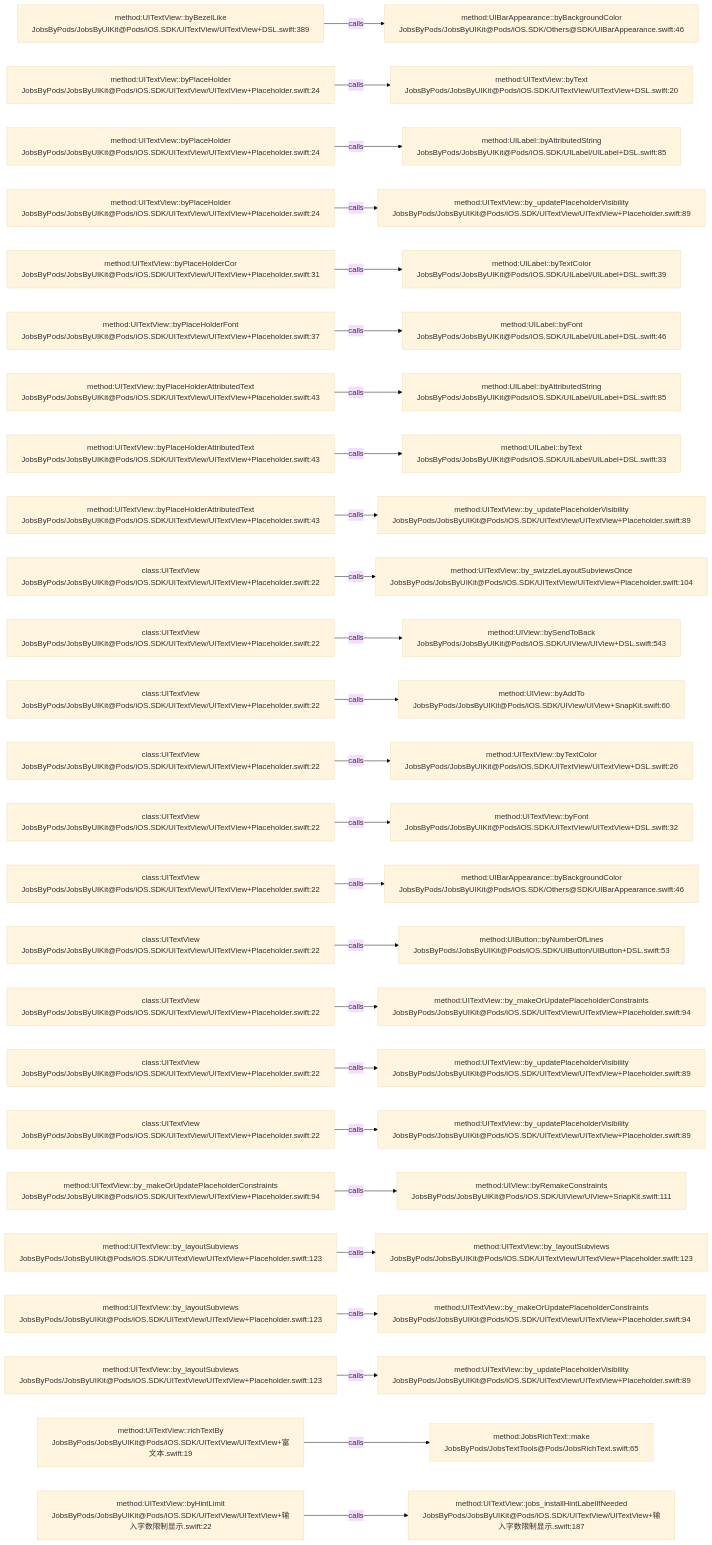
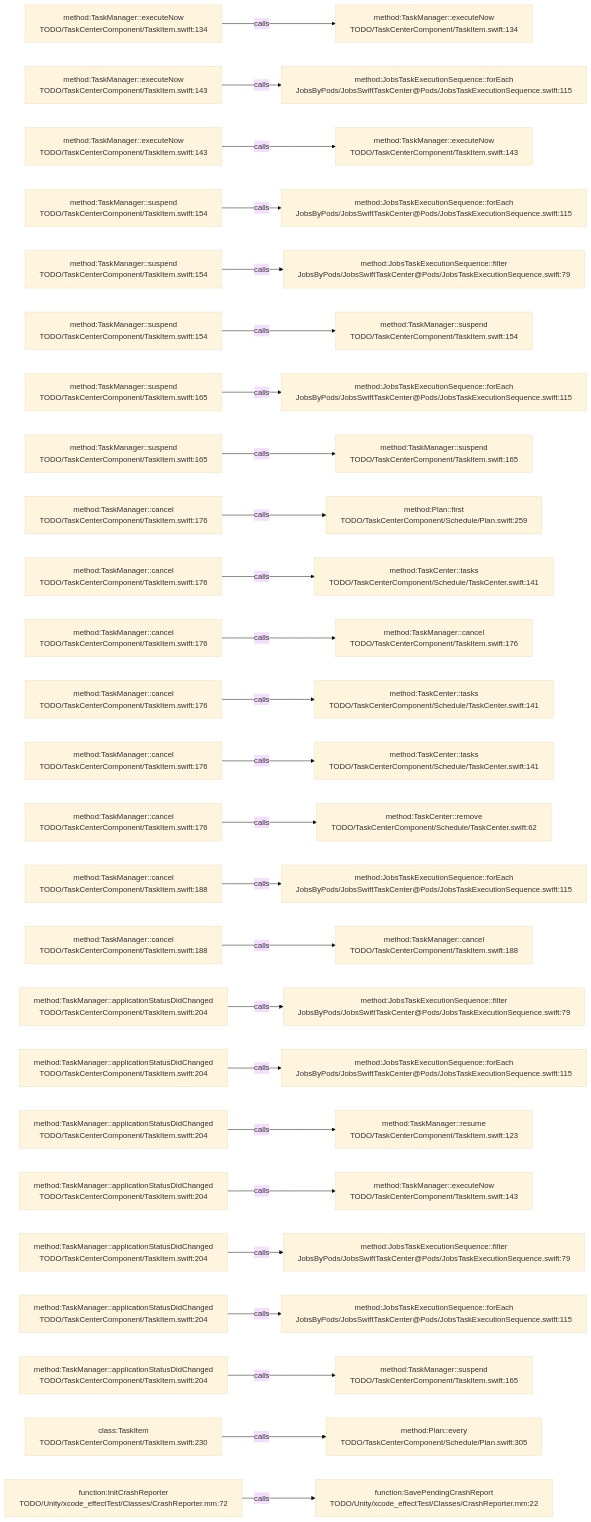
Before and after one commit to JobsKits/JobsSwiftBaseConfigDemo: the diagram in .codegraph/codegraph.md/graphs/calls-089.md, drawn with Mermaid (base theme). The commit also changed 569 other files, not shown here.

````diff
--- a/.codegraph/codegraph.md/graphs/calls-089.md
+++ b/.codegraph/codegraph.md/graphs/calls-089.md
@@ -13,78 +13,78 @@
 ```mermaid
 flowchart LR
-  S1["method:UITextView::byBezelLike<br/>JobsByPods/JobsByUIKit@Pods/iOS.SDK/UITextView/UITextView+DSL.swift:389"]
-  T1["method:UIBarAppearance::byBackgroundColor<br/>JobsByPods/JobsByUIKit@Pods/iOS.SDK/Others@SDK/UIBarAppearance.swift:46"]
+  S1["method:TaskManager::executeNow<br/>TODO/TaskCenterComponent/TaskItem.swift:134"]
+  T1["method:TaskManager::executeNow<br/>TODO/TaskCenterComponent/TaskItem.swift:134"]
   S1 -->|calls| T1
-  S2["method:UITextView::byPlaceHolder<br/>JobsByPods/JobsByUIKit@Pods/iOS.SDK/UITextView/UITextView+Placeholder.swift:24"]
-  T2["method:UITextView::byText<br/>JobsByPods/JobsByUIKit@Pods/iOS.SDK/UITextView/UITextView+DSL.swift:20"]
+  S2["method:TaskManager::executeNow<br/>TODO/TaskCenterComponent/TaskItem.swift:143"]
+  T2["method:JobsTaskExecutionSequence::forEach<br/>JobsByPods/JobsSwiftTaskCenter@Pods/JobsTaskExecutionSequence.swift:115"]
   S2 -->|calls| T2
-  S3["method:UITextView::byPlaceHolder<br/>JobsByPods/JobsByUIKit@Pods/iOS.SDK/UITextView/UITextView+Placeholder.swift:24"]
-  T3["method:UILabel::byAttributedString<br/>JobsByPods/JobsByUIKit@Pods/iOS.SDK/UILabel/UILabel+DSL.swift:85"]
+  S3["method:TaskManager::executeNow<br/>TODO/TaskCenterComponent/TaskItem.swift:143"]
+  T3["method:TaskManager::executeNow<br/>TODO/TaskCenterComponent/TaskItem.swift:143"]
   S3 -->|calls| T3
-  S4["method:UITextView::byPlaceHolder<br/>JobsByPods/JobsByUIKit@Pods/iOS.SDK/UITextView/UITextView+Placeholder.swift:24"]
-  T4["method:UITextView::by_updatePlaceholderVisibility<br/>JobsByPods/JobsByUIKit@Pods/iOS.SDK/UITextView/UITextView+Placeholder.swift:89"]
+  S4["method:TaskManager::suspend<br/>TODO/TaskCenterComponent/TaskItem.swift:154"]
+  T4["method:JobsTaskExecutionSequence::forEach<br/>JobsByPods/JobsSwiftTaskCenter@Pods/JobsTaskExecutionSequence.swift:115"]
   S4 -->|calls| T4
-  S5["method:UITextView::byPlaceHolderCor<br/>JobsByPods/JobsByUIKit@Pods/iOS.SDK/UITextView/UITextView+Placeholder.swift:31"]
-  T5["method:UILabel::byTextColor<br/>JobsByPods/JobsByUIKit@Pods/iOS.SDK/UILabel/UILabel+DSL.swift:39"]
+  S5["method:TaskManager::suspend<br/>TODO/TaskCenterComponent/TaskItem.swift:154"]
+  T5["method:JobsTaskExecutionSequence::filter<br/>JobsByPods/JobsSwiftTaskCenter@Pods/JobsTaskExecutionSequence.swift:79"]
   S5 -->|calls| T5
-  S6["method:UITextView::byPlaceHolderFont<br/>JobsByPods/JobsByUIKit@Pods/iOS.SDK/UITextView/UITextView+Placeholder.swift:37"]
-  T6["method:UILabel::byFont<br/>JobsByPods/JobsByUIKit@Pods/iOS.SDK/UILabel/UILabel+DSL.swift:46"]
+  S6["method:TaskManager::suspend<br/>TODO/TaskCenterComponent/TaskItem.swift:154"]
+  T6["method:TaskManager::suspend<br/>TODO/TaskCenterComponent/TaskItem.swift:154"]
   S6 -->|calls| T6
-  S7["method:UITextView::byPlaceHolderAttributedText<br/>JobsByPods/JobsByUIKit@Pods/iOS.SDK/UITextView/UITextView+Placeholder.swift:43"]
-  T7["method:UILabel::byAttributedString<br/>JobsByPods/JobsByUIKit@Pods/iOS.SDK/UILabel/UILabel+DSL.swift:85"]
+  S7["method:TaskManager::suspend<br/>TODO/TaskCenterComponent/TaskItem.swift:165"]
+  T7["method:JobsTaskExecutionSequence::forEach<br/>JobsByPods/JobsSwiftTaskCenter@Pods/JobsTaskExecutionSequence.swift:115"]
   S7 -->|calls| T7
-  S8["method:UITextView::byPlaceHolderAttributedText<br/>JobsByPods/JobsByUIKit@Pods/iOS.SDK/UITextView/UITextView+Placeholder.swift:43"]
-  T8["method:UILabel::byText<br/>JobsByPods/JobsByUIKit@Pods/iOS.SDK/UILabel/UILabel+DSL.swift:33"]
+  S8["method:TaskManager::suspend<br/>TODO/TaskCenterComponent/TaskItem.swift:165"]
+  T8["method:TaskManager::suspend<br/>TODO/TaskCenterComponent/TaskItem.swift:165"]
   S8 -->|calls| T8
-  S9["method:UITextView::byPlaceHolderAttributedText<br/>JobsByPods/JobsByUIKit@Pods/iOS.SDK/UITextView/UITextView+Placeholder.swift:43"]
-  T9["method:UITextView::by_updatePlaceholderVisibility<br/>JobsByPods/JobsByUIKit@Pods/iOS.SDK/UITextView/UITextView+Placeholder.swift:89"]
+  S9["method:TaskManager::cancel<br/>TODO/TaskCenterComponent/TaskItem.swift:176"]
+  T9["method:Plan::first<br/>TODO/TaskCenterComponent/Schedule/Plan.swift:259"]
   S9 -->|calls| T9
-  S10["class:UITextView<br/>JobsByPods/JobsByUIKit@Pods/iOS.SDK/UITextView/UITextView+Placeholder.swift:22"]
-  T10["method:UITextView::by_swizzleLayoutSubviewsOnce<br/>JobsByPods/JobsByUIKit@Pods/iOS.SDK/UITextView/UITextView+Placeholder.swift:104"]
+  S10["method:TaskManager::cancel<br/>TODO/TaskCenterComponent/TaskItem.swift:176"]
+  T10["method:TaskCenter::tasks<br/>TODO/TaskCenterComponent/Schedule/TaskCenter.swift:141"]
   S10 -->|calls| T10
-  S11["class:UITextView<br/>JobsByPods/JobsByUIKit@Pods/iOS.SDK/UITextView/UITextView+Placeholder.swift:22"]
-  T11["method:UIView::bySendToBack<br/>JobsByPods/JobsByUIKit@Pods/iOS.SDK/UIView/UIView+DSL.swift:543"]
+  S11["method:TaskManager::cancel<br/>TODO/TaskCenterComponent/TaskItem.swift:176"]
+  T11["method:TaskManager::cancel<br/>TODO/TaskCenterComponent/TaskItem.swift:176"]
   S11 -->|calls| T11
-  S12["class:UITextView<br/>JobsByPods/JobsByUIKit@Pods/iOS.SDK/UITextView/UITextView+Placeholder.swift:22"]
-  T12["method:UIView::byAddTo<br/>JobsByPods/JobsByUIKit@Pods/iOS.SDK/UIView/UIView+SnapKit.swift:60"]
+  S12["method:TaskManager::cancel<br/>TODO/TaskCenterComponent/TaskItem.swift:176"]
+  T12["method:TaskCenter::tasks<br/>TODO/TaskCenterComponent/Schedule/TaskCenter.swift:141"]
   S12 -->|calls| T12
-  S13["class:UITextView<br/>JobsByPods/JobsByUIKit@Pods/iOS.SDK/UITextView/UITextView+Placeholder.swift:22"]
-  T13["method:UITextView::byTextColor<br/>JobsByPods/JobsByUIKit@Pods/iOS.SDK/UITextView/UITextView+DSL.swift:26"]
+  S13["method:TaskManager::cancel<br/>TODO/TaskCenterComponent/TaskItem.swift:176"]
+  T13["method:TaskCenter::tasks<br/>TODO/TaskCenterComponent/Schedule/TaskCenter.swift:141"]
   S13 -->|calls| T13
-  S14["class:UITextView<br/>JobsByPods/JobsByUIKit@Pods/iOS.SDK/UITextView/UITextView+Placeholder.swift:22"]
-  T14["method:UITextView::byFont<br/>JobsByPods/JobsByUIKit@Pods/iOS.SDK/UITextView/UITextView+DSL.swift:32"]
+  S14["method:TaskManager::cancel<br/>TODO/TaskCenterComponent/TaskItem.swift:176"]
+  T14["method:TaskCenter::remove<br/>TODO/TaskCenterComponent/Schedule/TaskCenter.swift:62"]
   S14 -->|calls| T14
-  S15["class:UITextView<br/>JobsByPods/JobsByUIKit@Pods/iOS.SDK/UITextView/UITextView+Placeholder.swift:22"]
-  T15["method:UIBarAppearance::byBackgroundColor<br/>JobsByPods/JobsByUIKit@Pods/iOS.SDK/Others@SDK/UIBarAppearance.swift:46"]
+  S15["method:TaskManager::cancel<br/>TODO/TaskCenterComponent/TaskItem.swift:188"]
+  T15["method:JobsTaskExecutionSequence::forEach<br/>JobsByPods/JobsSwiftTaskCenter@Pods/JobsTaskExecutionSequence.swift:115"]
   S15 -->|calls| T15
-  S16["class:UITextView<br/>JobsByPods/JobsByUIKit@Pods/iOS.SDK/UITextView/UITextView+Placeholder.swift:22"]
-  T16["method:UIButton::byNumberOfLines<br/>JobsByPods/JobsByUIKit@Pods/iOS.SDK/UIButton/UIButton+DSL.swift:53"]
+  S16["method:TaskManager::cancel<br/>TODO/TaskCenterComponent/TaskItem.swift:188"]
+  T16["method:TaskManager::cancel<br/>TODO/TaskCenterComponent/TaskItem.swift:188"]
   S16 -->|calls| T16
-  S17["class:UITextView<br/>JobsByPods/JobsByUIKit@Pods/iOS.SDK/UITextView/UITextView+Placeholder.swift:22"]
-  T17["method:UITextView::by_makeOrUpdatePlaceholderConstraints<br/>JobsByPods/JobsByUIKit@Pods/iOS.SDK/UITextView/UITextView+Placeholder.swift:94"]
+  S17["method:TaskManager::applicationStatusDidChanged<br/>TODO/TaskCenterComponent/TaskItem.swift:204"]
+  T17["method:JobsTaskExecutionSequence::filter<br/>JobsByPods/JobsSwiftTaskCenter@Pods/JobsTaskExecutionSequence.swift:79"]
   S17 -->|calls| T17
-  S18["class:UITextView<br/>JobsByPods/JobsByUIKit@Pods/iOS.SDK/UITextView/UITextView+Placeholder.swift:22"]
-  T18["method:UITextView::by_updatePlaceholderVisibility<br/>JobsByPods/JobsByUIKit@Pods/iOS.SDK/UITextView/UITextView+Placeholder.swift:89"]
+  S18["method:TaskManager::applicationStatusDidChanged<br/>TODO/TaskCenterComponent/TaskItem.swift:204"]
+  T18["method:JobsTaskExecutionSequence::forEach<br/>JobsByPods/JobsSwiftTaskCenter@Pods/JobsTaskExecutionSequence.swift:115"]
   S18 -->|calls| T18
-  S19["class:UITextView<br/>JobsByPods/JobsByUIKit@Pods/iOS.SDK/UITextView/UITextView+Placeholder.swift:22"]
-  T19["method:UITextView::by_updatePlaceholderVisibility<br/>JobsByPods/JobsByUIKit@Pods/iOS.SDK/UITextView/UITextView+Placeholder.swift:89"]
+  S19["method:TaskManager::applicationStatusDidChanged<br/>TODO/TaskCenterComponent/TaskItem.swift:204"]
+  T19["method:TaskManager::resume<br/>TODO/TaskCenterComponent/TaskItem.swift:123"]
   S19 -->|calls| T19
-  S20["method:UITextView::by_makeOrUpdatePlaceholderConstraints<br/>JobsByPods/JobsByUIKit@Pods/iOS.SDK/UITextView/UITextView+Placeholder.swift:94"]
-  T20["method:UIView::byRemakeConstraints<br/>JobsByPods/JobsByUIKit@Pods/iOS.SDK/UIView/UIView+SnapKit.swift:111"]
+  S20["method:TaskManager::applicationStatusDidChanged<br/>TODO/TaskCenterComponent/TaskItem.swift:204"]
+  T20["method:TaskManager::executeNow<br/>TODO/TaskCenterComponent/TaskItem.swift:143"]
   S20 -->|calls| T20
-  S21["method:UITextView::by_layoutSubviews<br/>JobsByPods/JobsByUIKit@Pods/iOS.SDK/UITextView/UITextView+Placeholder.swift:123"]
-  T21["method:UITextView::by_layoutSubviews<br/>JobsByPods/JobsByUIKit@Pods/iOS.SDK/UITextView/UITextView+Placeholder.swift:123"]
+  S21["method:TaskManager::applicationStatusDidChanged<br/>TODO/TaskCenterComponent/TaskItem.swift:204"]
+  T21["method:JobsTaskExecutionSequence::filter<br/>JobsByPods/JobsSwiftTaskCenter@Pods/JobsTaskExecutionSequence.swift:79"]
   S21 -->|calls| T21
-  S22["method:UITextView::by_layoutSubviews<br/>JobsByPods/JobsByUIKit@Pods/iOS.SDK/UITextView/UITextView+Placeholder.swift:123"]
-  T22["method:UITextView::by_makeOrUpdatePlaceholderConstraints<br/>JobsByPods/JobsByUIKit@Pods/iOS.SDK/UITextView/UITextView+Placeholder.swift:94"]
+  S22["method:TaskManager::applicationStatusDidChanged<br/>TODO/TaskCenterComponent/TaskItem.swift:204"]
+  T22["method:JobsTaskExecutionSequence::forEach<br/>JobsByPods/JobsSwiftTaskCenter@Pods/JobsTaskExecutionSequence.swift:115"]
   S22 -->|calls| T22
-  S23["method:UITextView::by_layoutSubviews<br/>JobsByPods/JobsByUIKit@Pods/iOS.SDK/UITextView/UITextView+Placeholder.swift:123"]
-  T23["method:UITextView::by_updatePlaceholderVisibility<br/>JobsByPods/JobsByUIKit@Pods/iOS.SDK/UITextView/UITextView+Placeholder.swift:89"]
+  S23["method:TaskManager::applicationStatusDidChanged<br/>TODO/TaskCenterComponent/TaskItem.swift:204"]
+  T23["method:TaskManager::suspend<br/>TODO/TaskCenterComponent/TaskItem.swift:165"]
   S23 -->|calls| T23
-  S24["method:UITextView::richTextBy<br/>JobsByPods/JobsByUIKit@Pods/iOS.SDK/UITextView/UITextView+富文本.swift:19"]
-  T24["method:JobsRichText::make<br/>JobsByPods/JobsTextTools@Pods/JobsRichText.swift:65"]
+  S24["class:TaskItem<br/>TODO/TaskCenterComponent/TaskItem.swift:230"]
+  T24["method:Plan::every<br/>TODO/TaskCenterComponent/Schedule/Plan.swift:305"]
   S24 -->|calls| T24
-  S25["method:UITextView::byHintLimit<br/>JobsByPods/JobsByUIKit@Pods/iOS.SDK/UITextView/UITextView+输入字数限制显示.swift:22"]
-  T25["method:UITextView::jobs_installHintLabelIfNeeded<br/>JobsByPods/JobsByUIKit@Pods/iOS.SDK/UITextView/UITextView+输入字数限制显示.swift:187"]
+  S25["function:InitCrashReporter<br/>TODO/Unity/xcode_effectTest/Classes/CrashReporter.mm:72"]
+  T25["function:SavePendingCrashReport<br/>TODO/Unity/xcode_effectTest/Classes/CrashReporter.mm:22"]
   S25 -->|calls| T25
 ```
````
